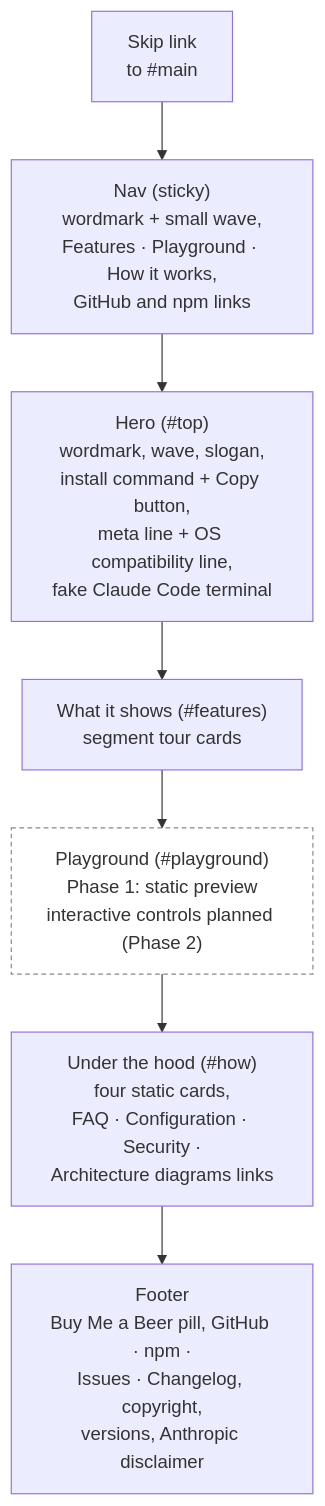
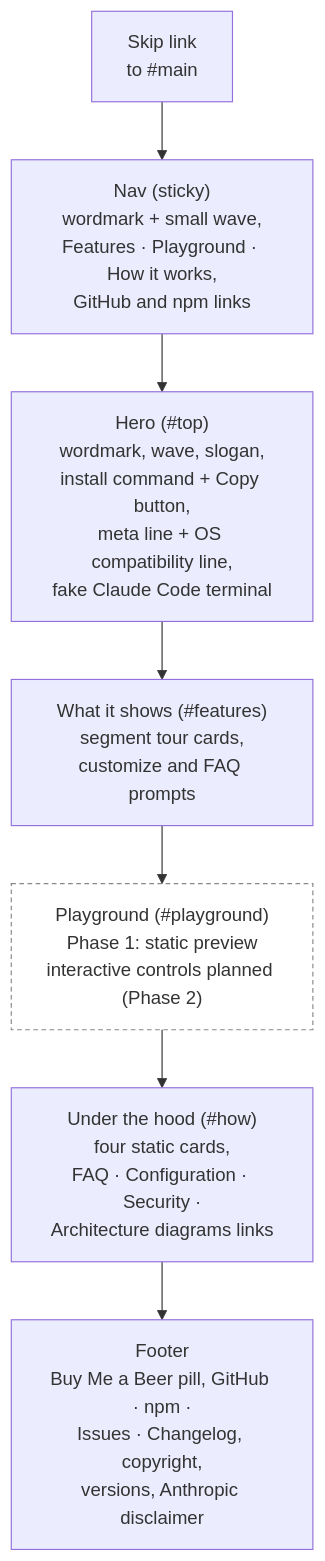
Before and after one commit to carterptull/ampline-website: the first of 2 diagrams in diagrams/page-structure.md, drawn with Mermaid. The commit also changed 4 other files, not shown here.

Commit message:
feat: customize and FAQ prompts after the segment tour

````diff
--- a/diagrams/page-structure.md
+++ b/diagrams/page-structure.md
@@ -9,11 +9,11 @@
 ```mermaid
 flowchart TB
     skip["Skip link<br/>to #main"] --> nav["Nav (sticky)<br/>wordmark + small wave,<br/>Features · Playground · How it works,<br/>GitHub and npm links"]
     nav --> hero["Hero (#top)<br/>wordmark, wave, slogan,<br/>install command + Copy button,<br/>meta line + OS compatibility line,<br/>fake Claude Code terminal"]
-    hero --> features["What it shows (#features)<br/>segment tour cards"]
+    hero --> features["What it shows (#features)<br/>segment tour cards,<br/>customize and FAQ prompts"]
     features --> play["Playground (#playground)<br/>Phase 1: static preview<br/>interactive controls planned (Phase 2)"]
     play --> how["Under the hood (#how)<br/>four static cards,<br/>FAQ · Configuration · Security ·<br/>Architecture diagrams links"]
     how --> footer["Footer<br/>Buy Me a Beer pill, GitHub · npm ·<br/>Issues · Changelog, copyright,<br/>versions, Anthropic disclaimer"]
 
     style play fill:transparent,stroke:#888,stroke-width:1px,stroke-dasharray: 4 3
 ```
````
